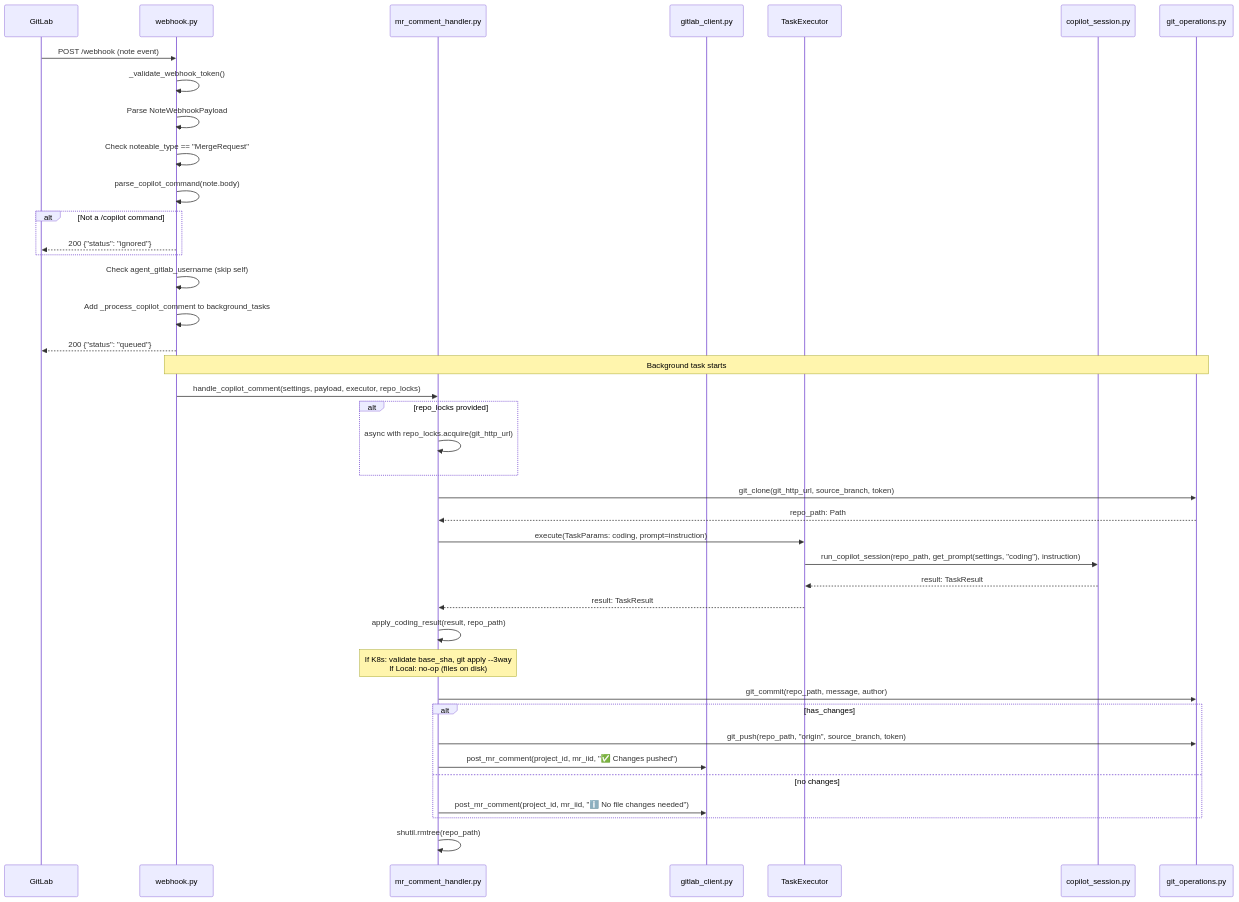
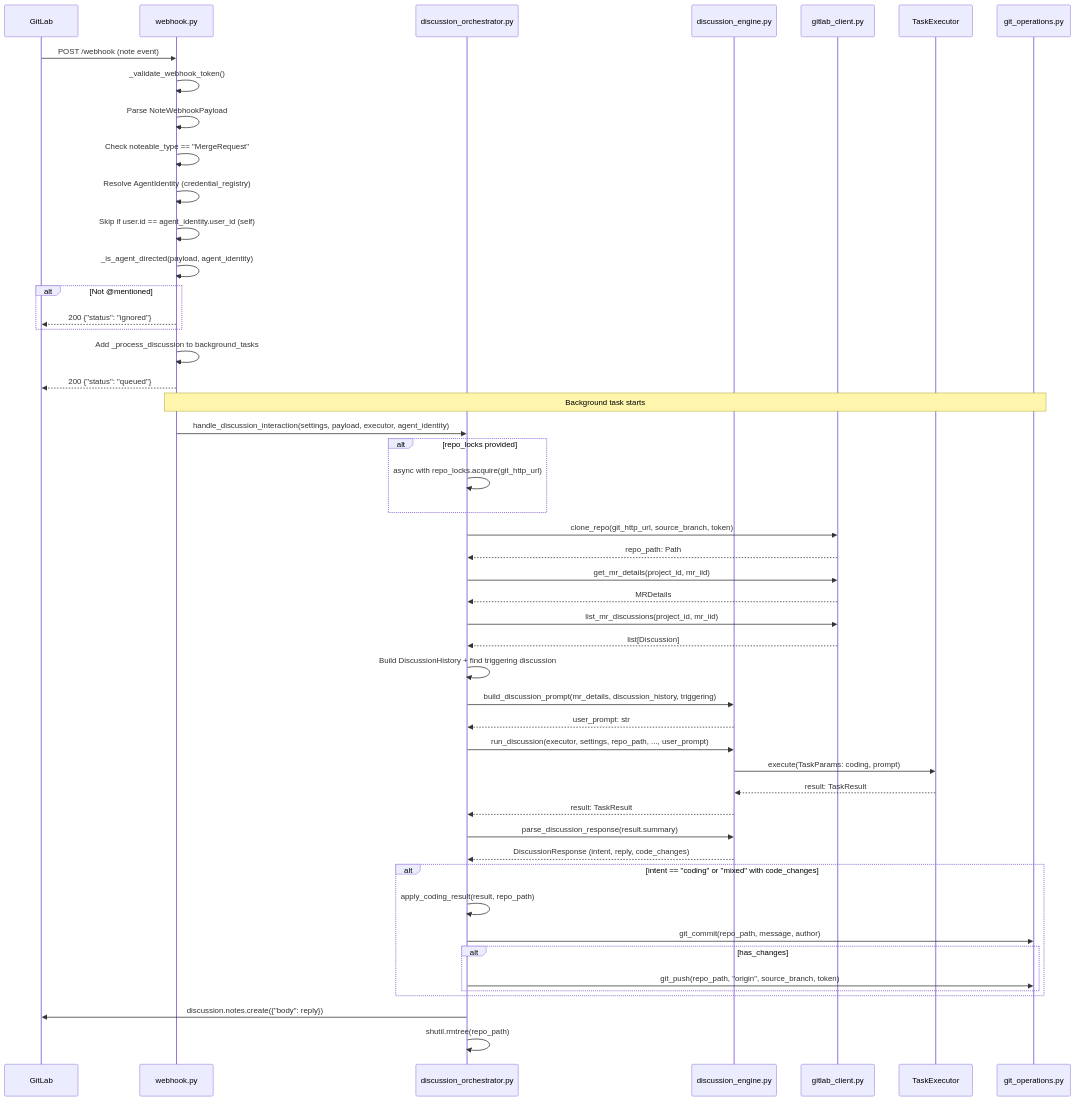
One commit to peteroden/gitlab-copilot-agent changed the second of 5 diagrams in docs/wiki/request-flows.md. Above: the diagram before and after it, drawn with Mermaid. The commit also changed other lines of this file and 59 other files, not shown here.

````diff
--- a/docs/wiki/request-flows.md
+++ b/docs/wiki/request-flows.md
@@ -104,50 +104,59 @@
 ```mermaid
 sequenceDiagram
     participant GL as GitLab
     participant WH as webhook.py
-    participant MRC as mr_comment_handler.py
+    participant DH as discussion_orchestrator.py
+    participant DE as discussion_engine.py
     participant GLCL as gitlab_client.py
     participant EXEC as TaskExecutor
-    participant COP as copilot_session.py
     participant GIT as git_operations.py
-    
+
     GL->>WH: POST /webhook (note event)
     WH->>WH: _validate_webhook_token()
     WH->>WH: Parse NoteWebhookPayload
     WH->>WH: Check noteable_type == "MergeRequest"
-    WH->>WH: parse_copilot_command(note.body)
-    alt Not a /copilot command
+    WH->>WH: Resolve AgentIdentity (credential_registry)
+    WH->>WH: Skip if user.id == agent_identity.user_id (self)
+    WH->>WH: _is_agent_directed(payload, agent_identity)
+    alt Not @mentioned
         WH-->>GL: 200 {"status": "ignored"}
     end
-    WH->>WH: Check agent_gitlab_username (skip self)
-    WH->>WH: Add _process_copilot_comment to background_tasks
+    WH->>WH: Add _process_discussion to background_tasks
     WH-->>GL: 200 {"status": "queued"}
-    
+
     Note over WH,GIT: Background task starts
-    
-    WH->>MRC: handle_copilot_comment(settings, payload, executor, repo_locks)
+
+    WH->>DH: handle_discussion_interaction(settings, payload, executor, agent_identity)
     alt repo_locks provided
-        MRC->>MRC: async with repo_locks.acquire(git_http_url)
+        DH->>DH: async with repo_locks.acquire(git_http_url)
     end
-    
-    MRC->>GIT: git_clone(git_http_url, source_branch, token)
-    GIT-->>MRC: repo_path: Path
-    
-    MRC->>EXEC: execute(TaskParams: coding, prompt=instruction)
-    EXEC->>COP: run_copilot_session(repo_path, get_prompt(settings, "coding"), instruction)
-    COP-->>EXEC: result: TaskResult
-    EXEC-->>MRC: result: TaskResult
-    
-    MRC->>MRC: apply_coding_result(result, repo_path)
-    Note over MRC: If K8s: validate base_sha, git apply --3way<br/>If Local: no-op (files on disk)
-    
-    MRC->>GIT: git_commit(repo_path, message, author)
-    alt has_changes
-        MRC->>GIT: git_push(repo_path, "origin", source_branch, token)
-        MRC->>GLCL: post_mr_comment(project_id, mr_iid, "✅ Changes pushed")
-    else no changes
-        MRC->>GLCL: post_mr_comment(project_id, mr_iid, "ℹ️ No file changes needed")
+
+    DH->>GLCL: clone_repo(git_http_url, source_branch, token)
+    GLCL-->>DH: repo_path: Path
+
+    DH->>GLCL: get_mr_details(project_id, mr_iid)
+    GLCL-->>DH: MRDetails
+    DH->>GLCL: list_mr_discussions(project_id, mr_iid)
+    GLCL-->>DH: list[Discussion]
+    DH->>DH: Build DiscussionHistory + find triggering discussion
+
+    DH->>DE: build_discussion_prompt(mr_details, discussion_history, triggering)
+    DE-->>DH: user_prompt: str
+    DH->>DE: run_discussion(executor, settings, repo_path, ..., user_prompt)
+    DE->>EXEC: execute(TaskParams: coding, prompt)
+    EXEC-->>DE: result: TaskResult
+    DE-->>DH: result: TaskResult
+    DH->>DE: parse_discussion_response(result.summary)
+    DE-->>DH: DiscussionResponse (intent, reply, code_changes)
+
+    alt intent == "coding" or "mixed" with code_changes
+        DH->>DH: apply_coding_result(result, repo_path)
+        DH->>GIT: git_commit(repo_path, message, author)
+        alt has_changes
+            DH->>GIT: git_push(repo_path, "origin", source_branch, token)
+        end
     end
-    
-    MRC->>MRC: shutil.rmtree(repo_path)
+
+    DH->>GL: discussion.notes.create({"body": reply})
+    DH->>DH: shutil.rmtree(repo_path)
 ```
````
